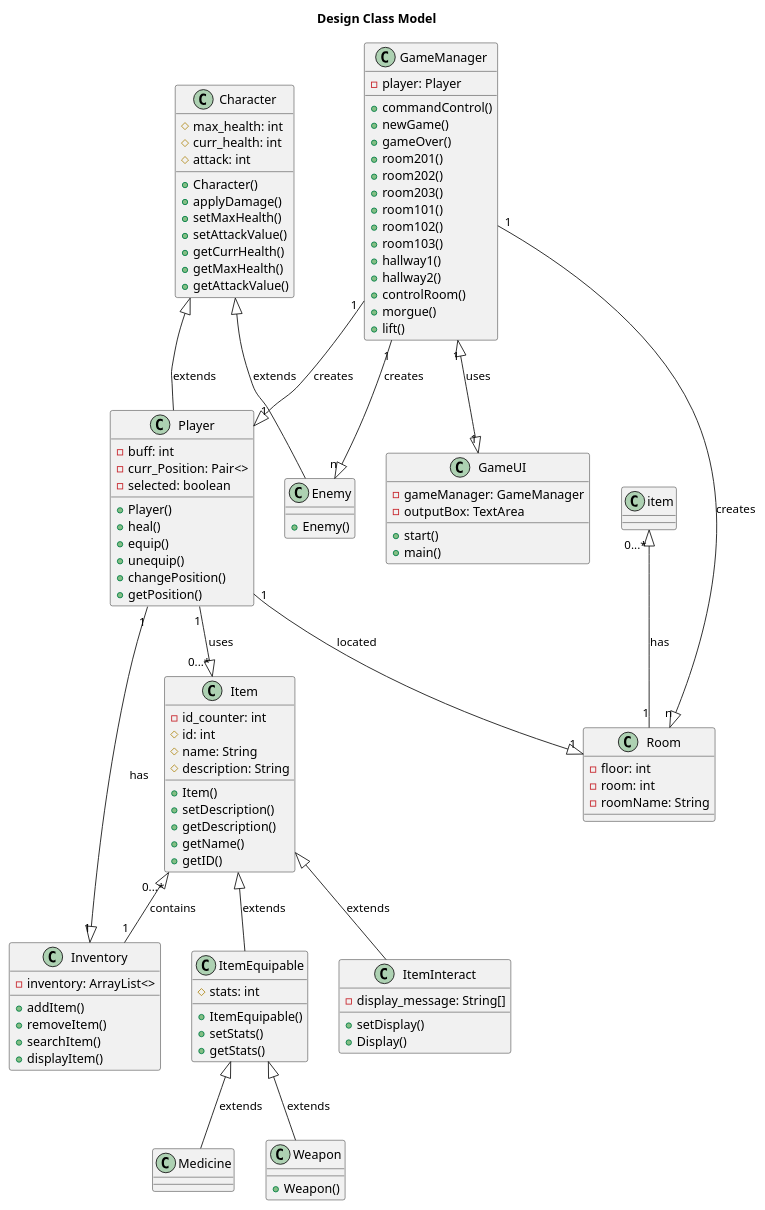
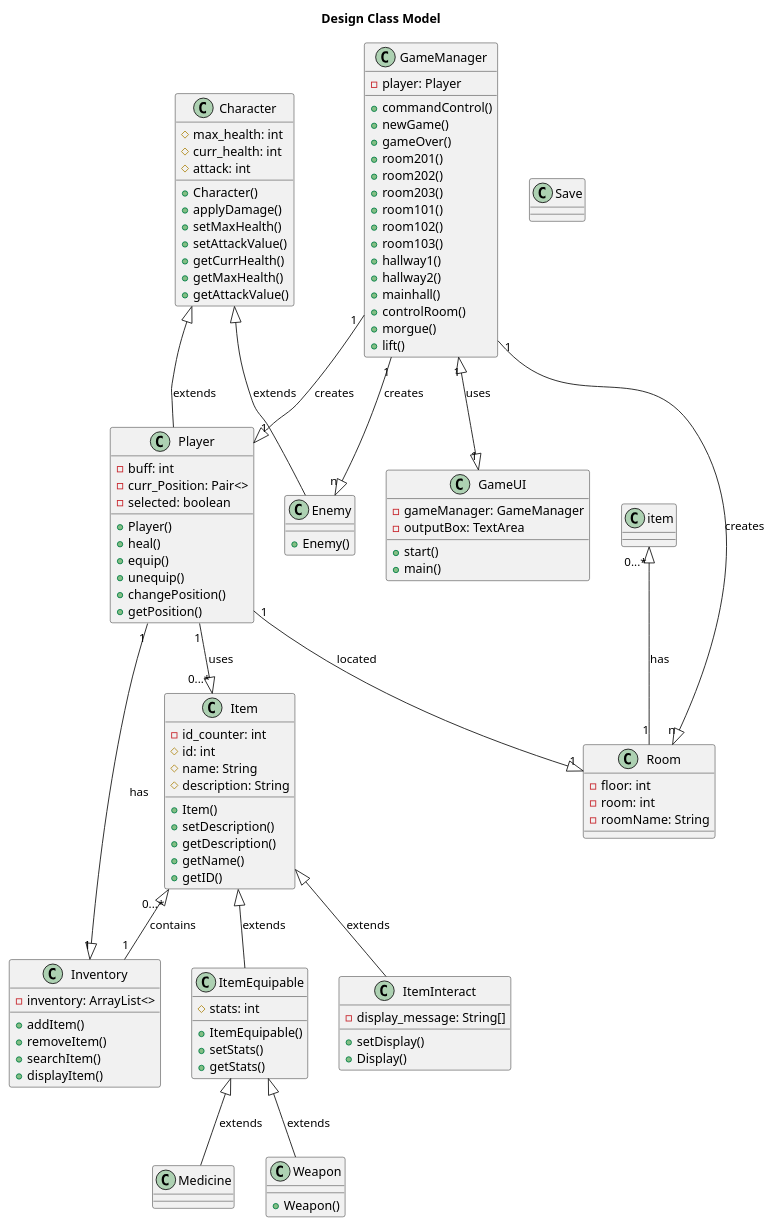
One commit to LimeiGuan/Text_Adventure_Game changed the diagram in docs/uml/DesignClassModel.plantuml. Above: the diagram before and after it, drawn with PlantUML.

```diff
--- a/docs/uml/DesignClassModel.plantuml
+++ b/docs/uml/DesignClassModel.plantuml
@@ -1,132 +1,135 @@
 @startuml DesignClassModel
 
 title Design Class Model
 
 class Character{
   #max_health: int
   #curr_health: int
   #attack: int
   
   +Character()
   +applyDamage()
   +setMaxHealth()
   +setAttackValue()
   +getCurrHealth()
   +getMaxHealth()
   +getAttackValue()
 }
 
 class Player{
   -buff: int
   -curr_Position: Pair<>
   -selected: boolean
   
   +Player()
   +heal()
   +equip()
   +unequip()
   +changePosition()
   +getPosition()
 }
 
 class Enemy{
   +Enemy()
 }
 
 class GameUI{
   -gameManager: GameManager
   -outputBox: TextArea
   
   +start()
   +main()
 }
 
 class GameManager{
   -player: Player
   
   +commandControl()
   +newGame()
   +gameOver()
   +room201()
   +room202()
   +room203()
   +room101()
   +room102()
   +room103()
   +hallway1()
   +hallway2()
+  +mainhall()
   +controlRoom()
   +morgue()
   +lift()
 }
+
+class Save{}
 
 class Inventory{
   -inventory: ArrayList<>
   
   +addItem()
   +removeItem()
   +searchItem()
   +displayItem()
 }
 
 class Item{
   -id_counter: int
   #id: int
   #name: String
   #description: String
   
   +Item()
   +setDescription()
   +getDescription()
   +getName()
   +getID()
 }
 
 class ItemEquipable{
   #stats: int
   
   +ItemEquipable()
   +setStats()
   +getStats()
 }
 
 class ItemInteract{
   -display_message: String[]
   
   +setDisplay()
   +Display()
 }
 
 class Medicine{}
 
 class Weapon{
   +Weapon()
 }
 
 class Room{
   -floor: int
   -room: int
   -roomName: String
 }
 
 Character <|-- Player : extends
 Character <|-- Enemy : extends
 
 Item <|-- ItemEquipable : extends
 Item <|-- ItemInteract : extends
 Item"0...*" <|-- "1"Inventory : contains
 item"0...*" <|-- "1"Room : has
 
 ItemEquipable <|-- Weapon: extends
 ItemEquipable <|-- Medicine: extends
 
 Player"1" --|> "0...*"Item : uses 
 Player"1" --|> "1"Inventory : has
 Player"1" --|> "1"Room : located
 
 GameManager"1" --|> "1"Player : creates
 GameManager"1" --|> "n"Enemy : creates
 GameManager"1" <|--|> "1"GameUI : uses
 GameManager"1" --|> "n"Room : creates
 
 @enduml
```
